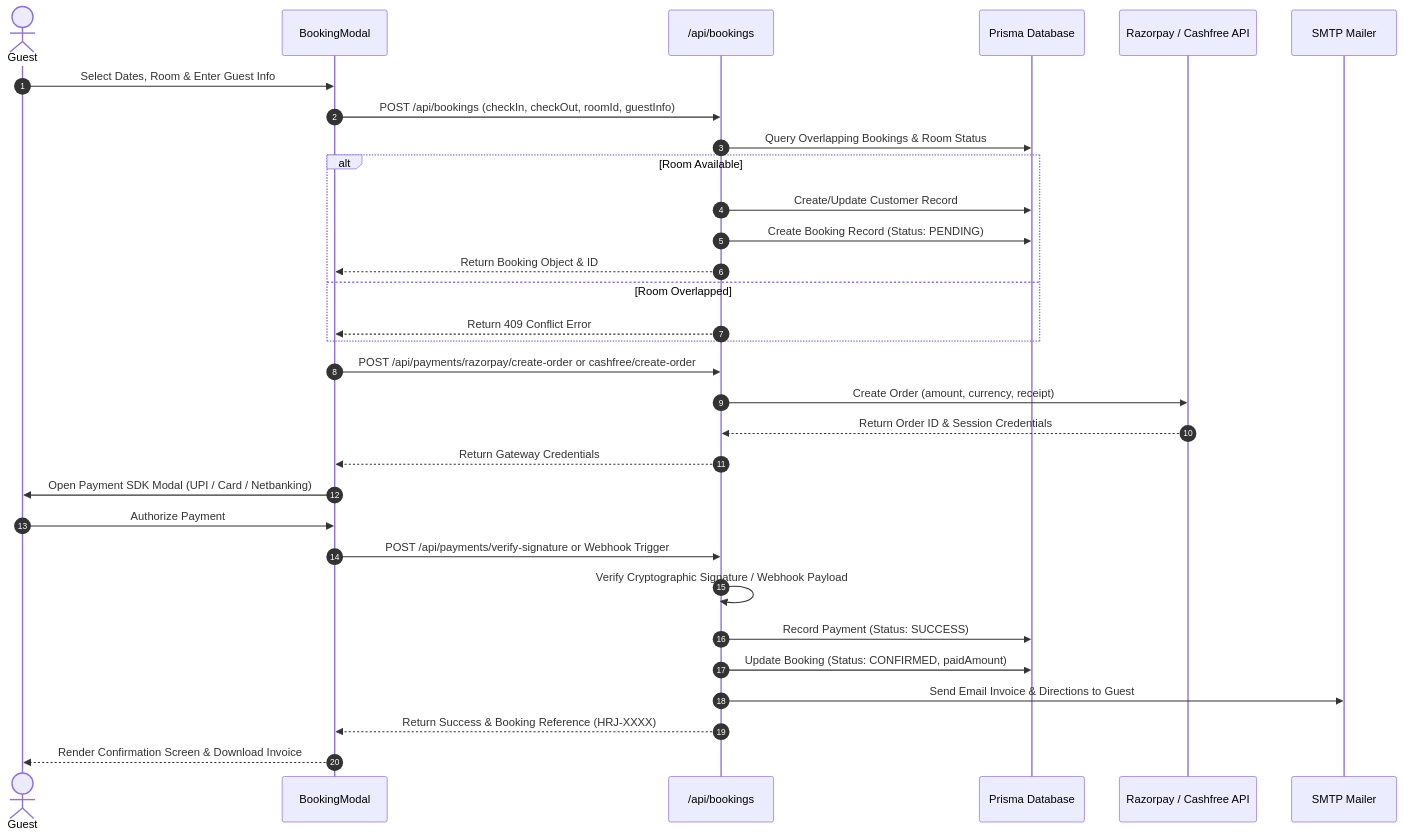
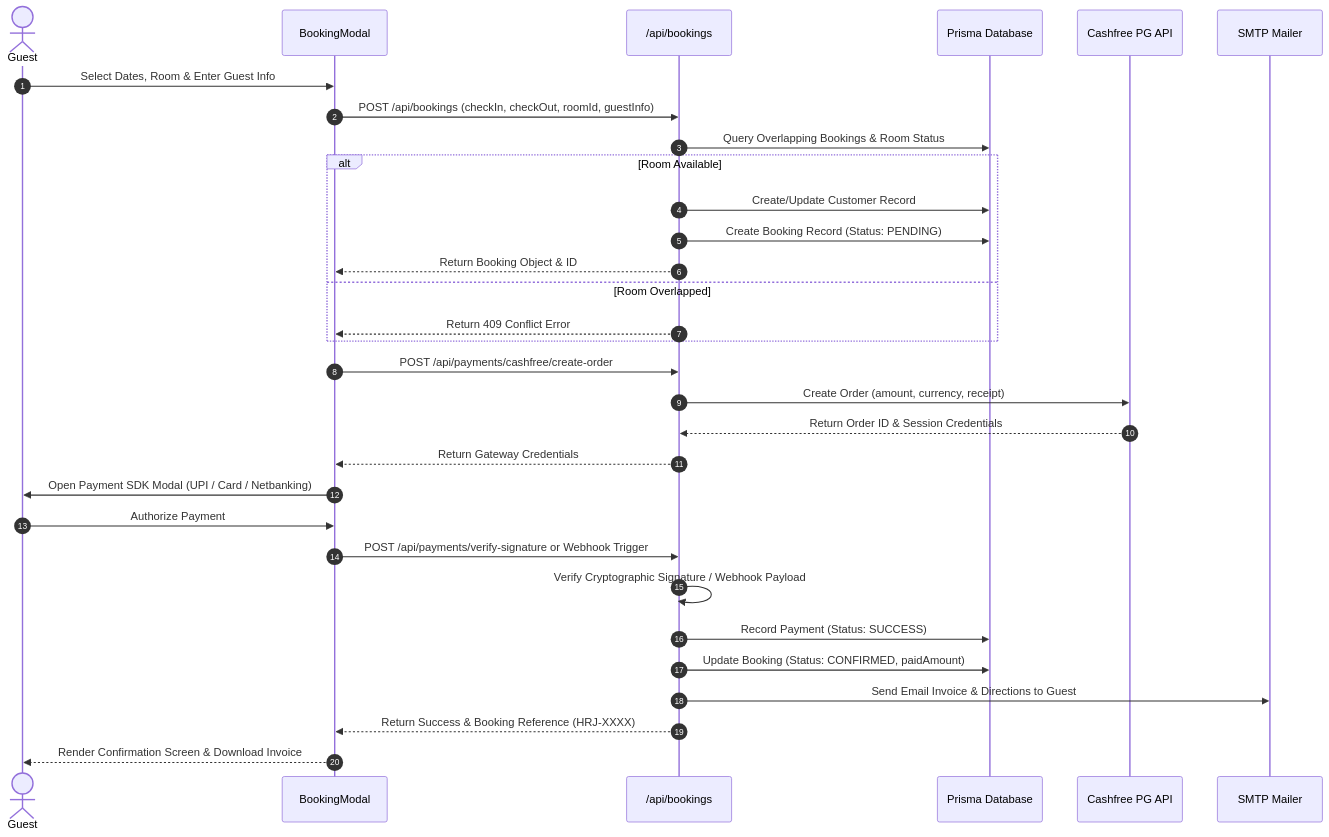
The third of 3 diagrams in about.md (utkarsh240/hotelrajhansinternational), drawn with Mermaid before and after one commit. The commit also changed other lines of this file and 17 other files, not shown here.

First line of the commit message:
refactor: remove Razorpay integration, use Cashfree-only payment gateway

````diff
--- a/about.md
+++ b/about.md
@@ -166,36 +166,36 @@
 ```mermaid
 sequenceDiagram
     autonumber
     actor Guest
     participant Modal as BookingModal
     participant API as /api/bookings
     participant DB as Prisma Database
-    participant GW as Razorpay / Cashfree API
+    participant GW as Cashfree PG API
     participant Mail as SMTP Mailer
 
     Guest->>Modal: Select Dates, Room & Enter Guest Info
     Modal->>API: POST /api/bookings (checkIn, checkOut, roomId, guestInfo)
     API->>DB: Query Overlapping Bookings & Room Status
     alt Room Available
         API->>DB: Create/Update Customer Record
         API->>DB: Create Booking Record (Status: PENDING)
         API-->>Modal: Return Booking Object & ID
     else Room Overlapped
         API-->>Modal: Return 409 Conflict Error
     end
 
-    Modal->>API: POST /api/payments/razorpay/create-order or cashfree/create-order
+    Modal->>API: POST /api/payments/cashfree/create-order
     API->>GW: Create Order (amount, currency, receipt)
     GW-->>API: Return Order ID & Session Credentials
     API-->>Modal: Return Gateway Credentials
 
     Modal->>Guest: Open Payment SDK Modal (UPI / Card / Netbanking)
     Guest->>Modal: Authorize Payment
     Modal->>API: POST /api/payments/verify-signature or Webhook Trigger
     API->>API: Verify Cryptographic Signature / Webhook Payload
     API->>DB: Record Payment (Status: SUCCESS)
     API->>DB: Update Booking (Status: CONFIRMED, paidAmount)
     API->>Mail: Send Email Invoice & Directions to Guest
     API-->>Modal: Return Success & Booking Reference (HRJ-XXXX)
     Modal-->>Guest: Render Confirmation Screen & Download Invoice
 ```
````
